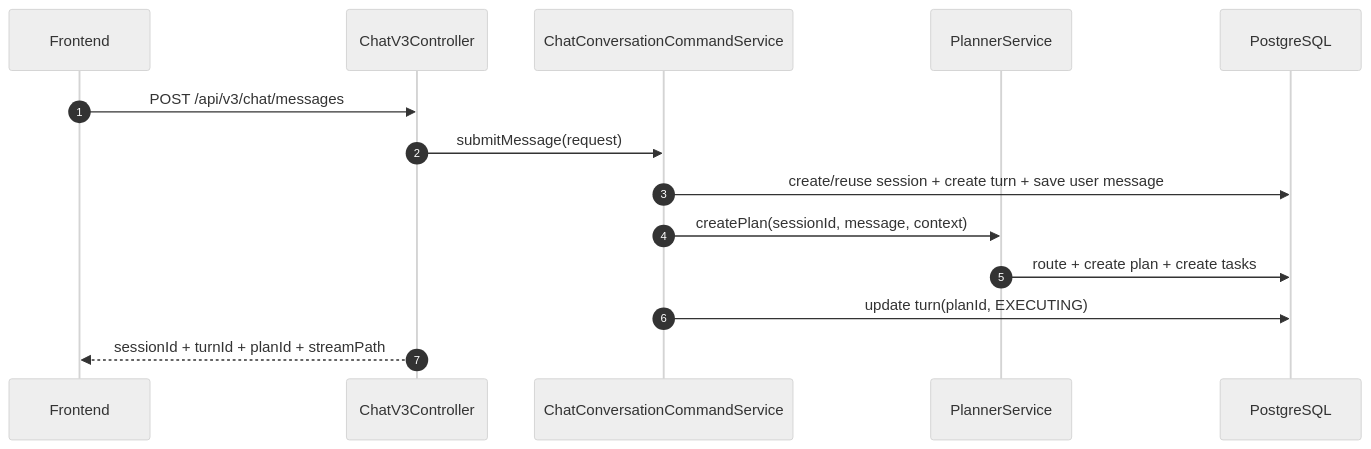
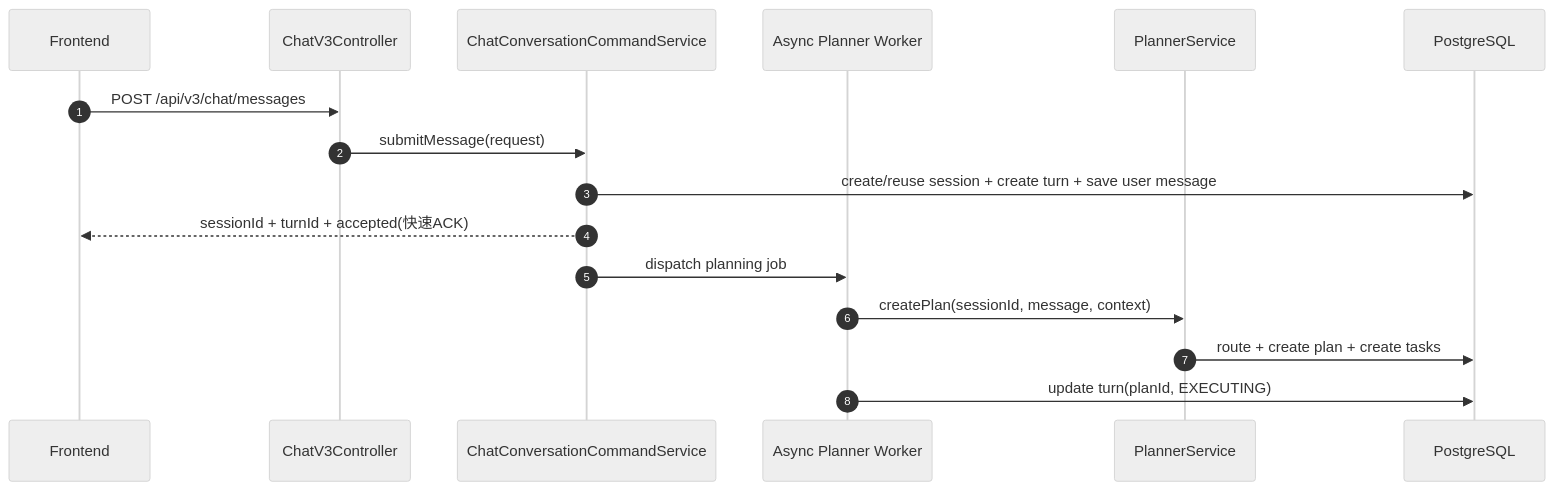
The first of 3 diagrams in docs/02-system-architecture.md (letmetocode/agent), drawn with Mermaid (neutral theme) before and after one commit. The commit also changed other lines of this file and 22 other files, not shown here.

````diff
--- a/docs/02-system-architecture.md
+++ b/docs/02-system-architecture.md
@@ -68,17 +68,19 @@
 ```mermaid
 sequenceDiagram
     autonumber
     participant UI as Frontend
     participant ChatV3 as ChatV3Controller
     participant Orchestrator as ChatConversationCommandService
+    participant PlannerAsync as Async Planner Worker
     participant Planner as PlannerService
     participant DB as PostgreSQL
 
     UI->>ChatV3: POST /api/v3/chat/messages
     ChatV3->>Orchestrator: submitMessage(request)
     Orchestrator->>DB: create/reuse session + create turn + save user message
-    Orchestrator->>Planner: createPlan(sessionId, message, context)
+    Orchestrator-->>UI: sessionId + turnId + accepted(快速ACK)
+    Orchestrator->>PlannerAsync: dispatch planning job
+    PlannerAsync->>Planner: createPlan(sessionId, message, context)
     Planner->>DB: route + create plan + create tasks
-    Orchestrator->>DB: update turn(planId, EXECUTING)
-    ChatV3-->>UI: sessionId + turnId + planId + streamPath
+    PlannerAsync->>DB: update turn(planId, EXECUTING)
 ```
````
